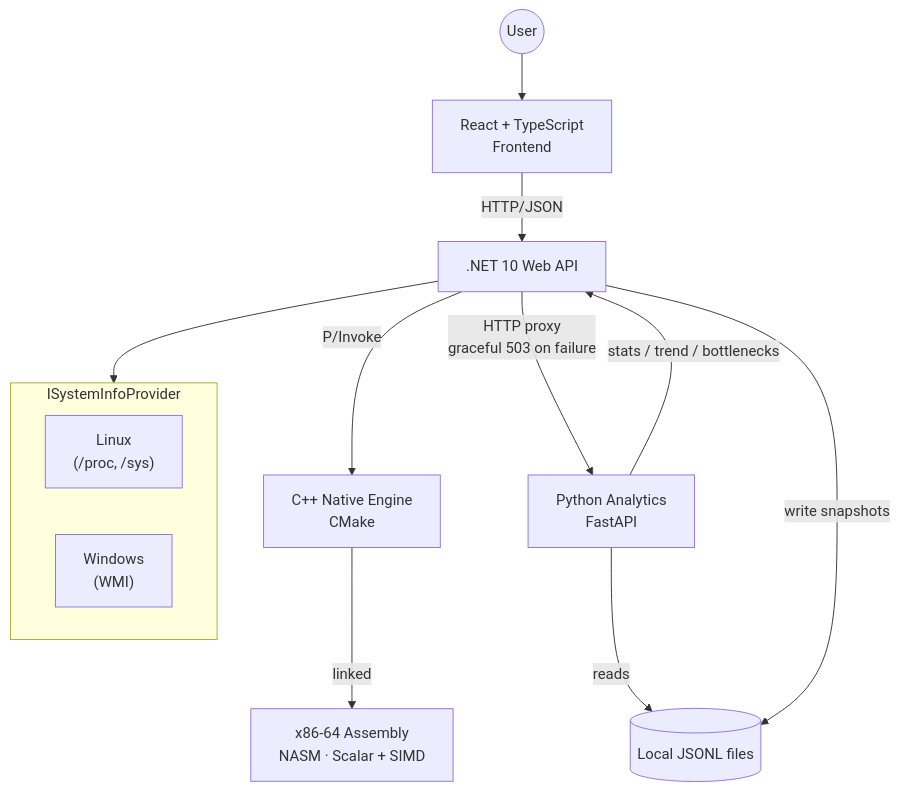
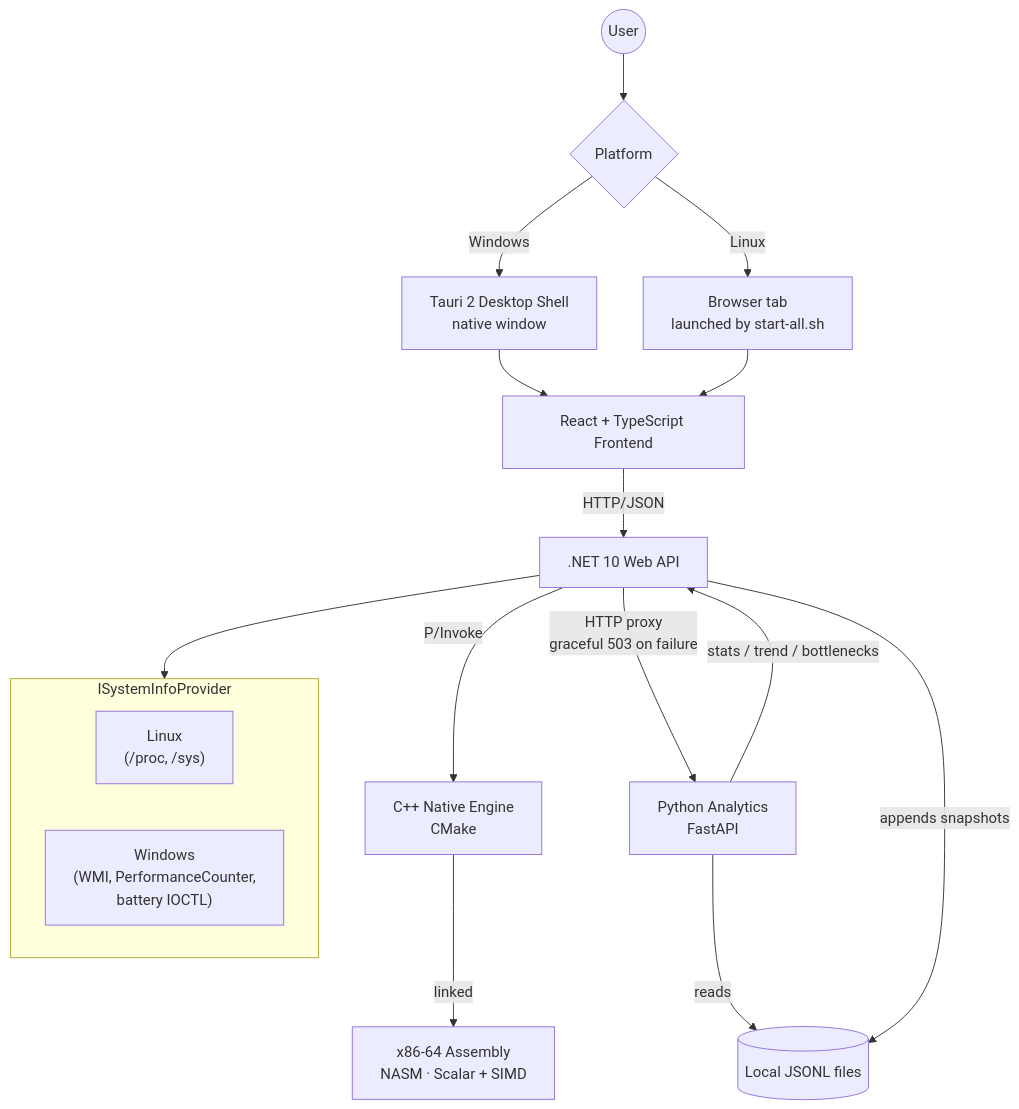
The diagram in README.md (VipulSharma143/System-Info), drawn with Mermaid before and after one commit. The commit also changed other lines of this file and 6 other files, not shown here.

````diff
--- a/README.md
+++ b/README.md
@@ -86,20 +71,25 @@
 ```mermaid
 flowchart TB
-    U((User)) --> FE[React + TypeScript<br/>Frontend]
+    U((User)) --> Shell{Platform}
+    Shell -- Windows --> TAURI[Tauri 2 Desktop Shell<br/>native window]
+    Shell -- Linux --> BROWSER[Browser tab<br/>launched by start-all.sh]
+
+    TAURI --> FE[React + TypeScript Frontend]
+    BROWSER --> FE
     FE -- HTTP/JSON --> API[.NET 10 Web API]
 
     subgraph Providers["ISystemInfoProvider"]
         direction LR
         LIN["Linux<br/>(/proc, /sys)"]
-        WIN["Windows<br/>(WMI)"]
+        WIN["Windows<br/>(WMI, PerformanceCounter,<br/>battery IOCTL)"]
     end
 
     API --> Providers
     API -- P/Invoke --> CPP[C++ Native Engine<br/>CMake]
     CPP -- linked --> ASM[x86-64 Assembly<br/>NASM · Scalar + SIMD]
 
     API -- HTTP proxy<br/>graceful 503 on failure --> PY[Python Analytics<br/>FastAPI]
     PY -- stats / trend / bottlenecks --> API
     PY -- reads --> DB[(Local JSONL files)]
-    API -- write snapshots --> DB
+    API -- appends snapshots --> DB
 ```
````
